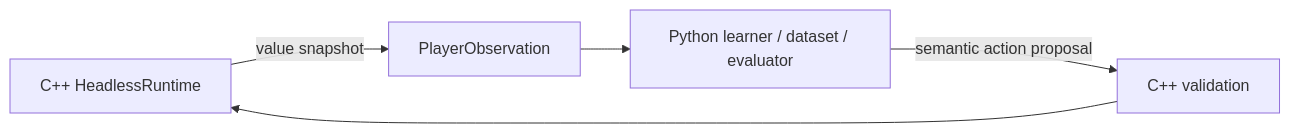
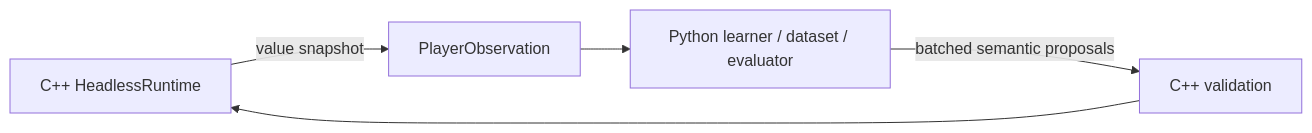
One commit to tomiya7688/kadoka_tetris_ai changed the diagram in docs/python-learning-bridge.md. Above: the diagram before and after it, drawn with Mermaid. The commit also changed other lines of this file and 16 other files, not shown here.

````diff
--- a/docs/python-learning-bridge.md
+++ b/docs/python-learning-bridge.md
@@ -9,7 +9,7 @@
 ```mermaid
 flowchart LR
     C[ C++ HeadlessRuntime ] -->|value snapshot| O[PlayerObservation]
     O --> P[Python learner / dataset / evaluator]
-    P -->|semantic action proposal| V[C++ validation]
+    P -->|batched semantic proposals| V[C++ validation]
     V --> C
 ```
````
